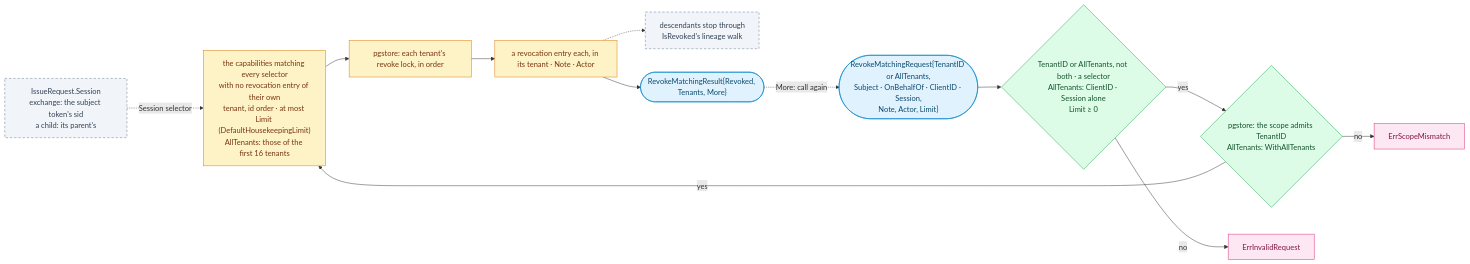
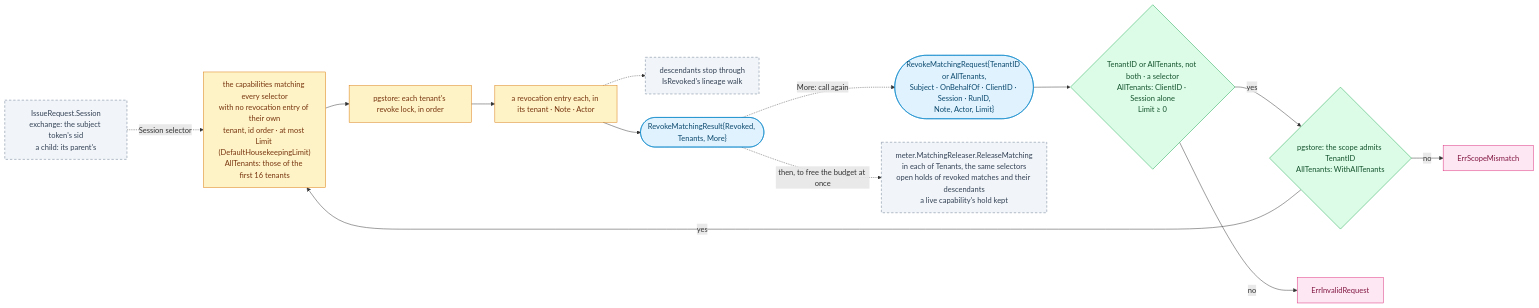
Diagram 13 of 16 in docs/diagrams.md (oleg-tkachuk/limes), drawn with Mermaid before and after one commit. The commit also changed other lines of this file and 1 other file, not shown here.

Commit message:
docs: draw the agent run selector and the release of holds

````diff
--- a/docs/diagrams.md
+++ b/docs/diagrams.md
@@ -1043,32 +1044,34 @@
 ```mermaid
 flowchart LR
     sess["IssueRequest.Session<br/>exchange: the subject token's sid<br/>a child: its parent's"]
-    req(["RevokeMatchingRequest{TenantID or AllTenants,<br/>Subject · OnBehalfOf · ClientID · Session,<br/>Note, Actor, Limit}"])
+    req(["RevokeMatchingRequest{TenantID or AllTenants,<br/>Subject · OnBehalfOf · ClientID · Session · RunID,<br/>Note, Actor, Limit}"])
     val{"TenantID or AllTenants, not both · a selector<br/>AllTenants: ClientID · Session alone<br/>Limit ≥ 0"}
     scope{"pgstore: the scope admits TenantID<br/>AllTenants: WithAllTenants"}
     sel["the capabilities matching every selector<br/>with no revocation entry of their own<br/>tenant, id order · at most Limit (DefaultHousekeepingLimit)<br/>AllTenants: those of the first 16 tenants"]
     lock["pgstore: each tenant's revoke lock, in order"]
     write["a revocation entry each, in its tenant · Note · Actor"]
     desc["descendants stop through<br/>IsRevoked's lineage walk"]
     res(["RevokeMatchingResult{Revoked, Tenants, More}"])
     inval["ErrInvalidRequest"]
     mism["ErrScopeMismatch"]
+    release["meter.MatchingReleaser.ReleaseMatching<br/>in each of Tenants, the same selectors<br/>open holds of revoked matches and their descendants<br/>a live capability's hold kept"]
 
     req --> val -- yes --> scope -- yes --> sel --> lock --> write --> res
+    res -. "then, to free the budget at once" .-> release
     sess -. "Session selector" .-> sel
     write -.-> desc
     res -. "More: call again" .-> req
     val -- no --> inval
     scope -- no --> mism
 
     classDef client fill:#E0F2FE,stroke:#0284C7,color:#0C4A6E
     classDef role fill:#DCFCE7,stroke:#16A34A,color:#14532D
     classDef optional fill:#F1F5F9,stroke:#64748B,color:#334155,stroke-dasharray:5 4
     classDef store fill:#FEF3C7,stroke:#D97706,color:#78350F
     classDef external fill:#FCE7F3,stroke:#DB2777,color:#831843
     class req,res client
     class val,scope role
-    class sess,desc optional
+    class sess,desc,release optional
     class sel,lock,write store
     class inval,mism external
 ```
````
